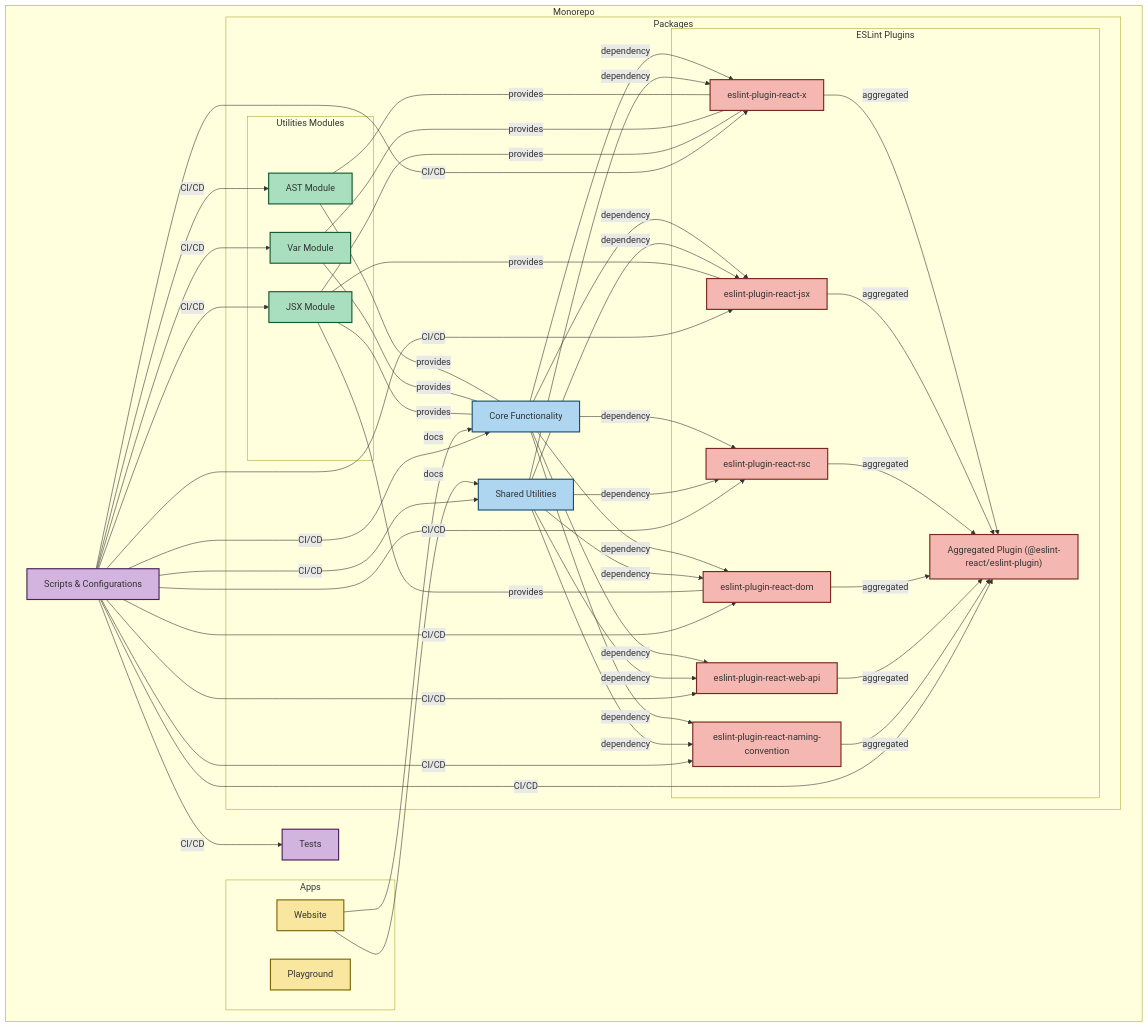
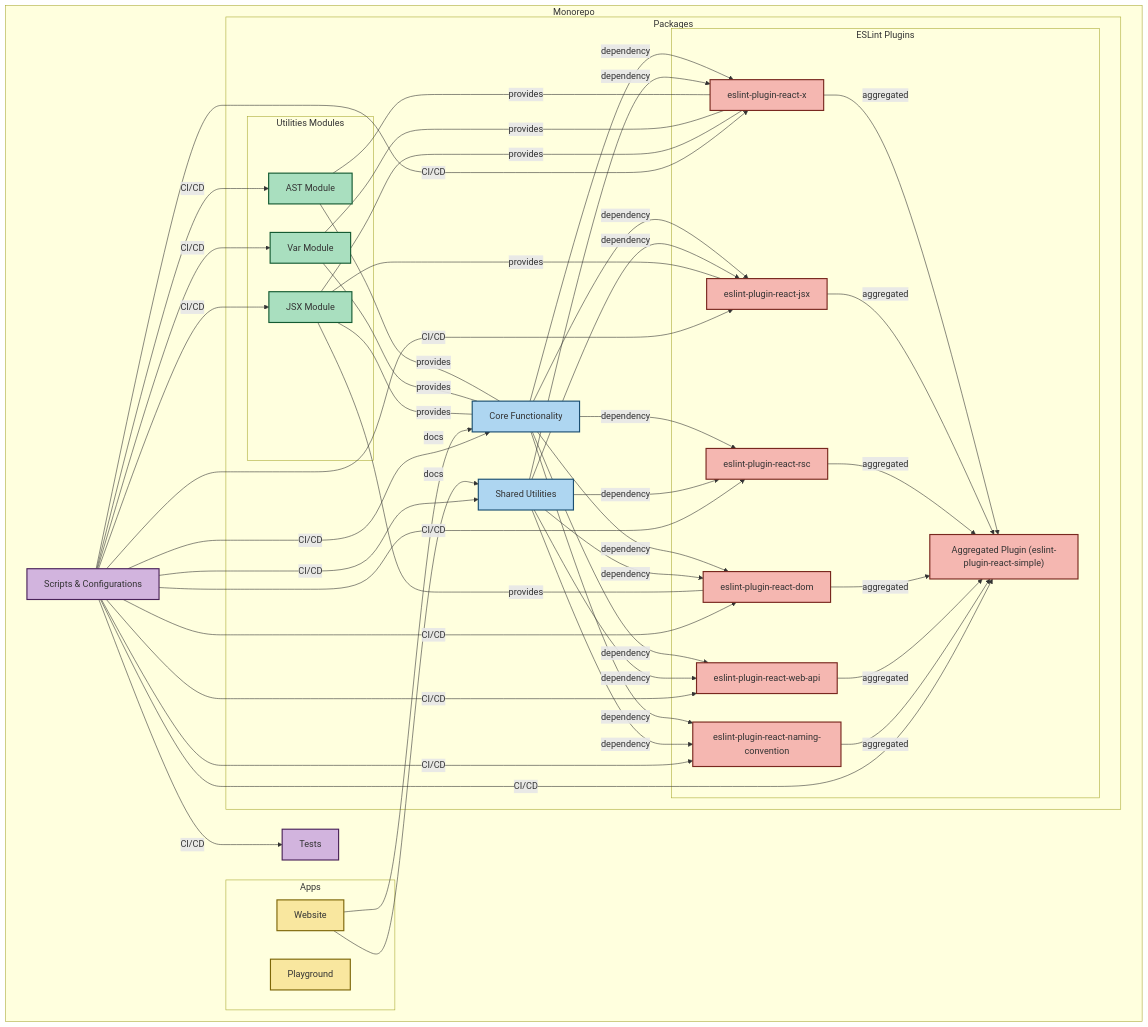
One commit to Rel1cx/eslint-react changed the diagram in apps/website/content/docs/contributing.mdx. Above: the diagram before and after it, drawn with Mermaid. The commit also changed other lines of this file and 950 other files, not shown here.

```diff
--- a/apps/website/content/docs/contributing.mdx
+++ b/apps/website/content/docs/contributing.mdx
@@ -40,7 +40,7 @@
                 ReactDOM["eslint-plugin-react-dom"]:::plugins
                 ReactWebAPI["eslint-plugin-react-web-api"]:::plugins
                 ReactNamingConvention["eslint-plugin-react-naming-convention"]:::plugins
-                ReactAggregated["Aggregated Plugin (@eslint-react/eslint-plugin)"]:::plugins
+                ReactAggregated["Aggregated Plugin (eslint-plugin-react-simple)"]:::plugins
             end
         end
 
@@ -108,18 +108,18 @@
     %% Click Events
     click Website "https://github.com/rel1cx/eslint-react/tree/main/apps/website"
     click Playground "https://github.com/rel1cx/eslint-react/tree/main/apps/playground"
-    click Core "https://github.com/rel1cx/eslint-react/tree/main/packages/core"
-    click Shared "https://github.com/rel1cx/eslint-react/tree/main/packages/shared"
-    click AST "https://github.com/rel1cx/eslint-react/tree/main/packages/utilities/ast"
-    click Var "https://github.com/rel1cx/eslint-react/tree/main/packages/utilities/var"
-    click JSX "https://github.com/rel1cx/eslint-react/tree/main/packages/utilities/jsx"
-    click ReactX "https://github.com/rel1cx/eslint-react/tree/main/packages/plugins/eslint-plugin-react-x"
-    click ReactJSX "https://github.com/rel1cx/eslint-react/tree/main/packages/plugins/eslint-plugin-react-jsx"
-    click ReactRSC "https://github.com/rel1cx/eslint-react/tree/main/packages/plugins/eslint-plugin-react-rsc"
-    click ReactDOM "https://github.com/rel1cx/eslint-react/tree/main/packages/plugins/eslint-plugin-react-dom"
-    click ReactWebAPI "https://github.com/rel1cx/eslint-react/tree/main/packages/plugins/eslint-plugin-react-web-api"
-    click ReactNamingConvention "https://github.com/rel1cx/eslint-react/tree/main/packages/plugins/eslint-plugin-react-naming-convention"
-    click ReactAggregated "https://github.com/rel1cx/eslint-react/tree/main/packages/plugins/eslint-plugin"
+    click Core "https://github.com/rel1cx/eslint-react/tree/main/packages/@eslint-react/core"
+    click Shared "https://github.com/rel1cx/eslint-react/tree/main/packages/@eslint-react/shared"
+    click AST "https://github.com/rel1cx/eslint-react/tree/main/packages/@eslint-react/ast"
+    click Var "https://github.com/rel1cx/eslint-react/tree/main/packages/@eslint-react/var"
+    click JSX "https://github.com/rel1cx/eslint-react/tree/main/packages/@eslint-react/jsx"
+    click ReactX "https://github.com/rel1cx/eslint-react/tree/main/packages/eslint-plugin-react-x"
+    click ReactJSX "https://github.com/rel1cx/eslint-react/tree/main/packages/eslint-plugin-react-jsx"
+    click ReactRSC "https://github.com/rel1cx/eslint-react/tree/main/packages/eslint-plugin-react-rsc"
+    click ReactDOM "https://github.com/rel1cx/eslint-react/tree/main/packages/eslint-plugin-react-dom"
+    click ReactWebAPI "https://github.com/rel1cx/eslint-react/tree/main/packages/eslint-plugin-react-web-api"
+    click ReactNamingConvention "https://github.com/rel1cx/eslint-react/tree/main/packages/eslint-plugin-react-naming-convention"
+    click ReactAggregated "https://github.com/rel1cx/eslint-react/tree/main/packages/eslint-plugin-react-simple"
     click Scripts "https://github.com/rel1cx/eslint-react/tree/main/scripts"
     click Tests "https://github.com/rel1cx/eslint-react/tree/main/test"
 
```
